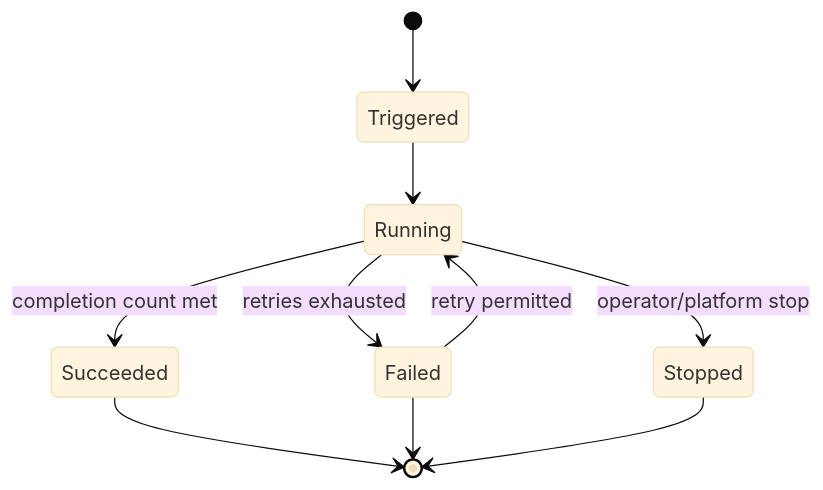
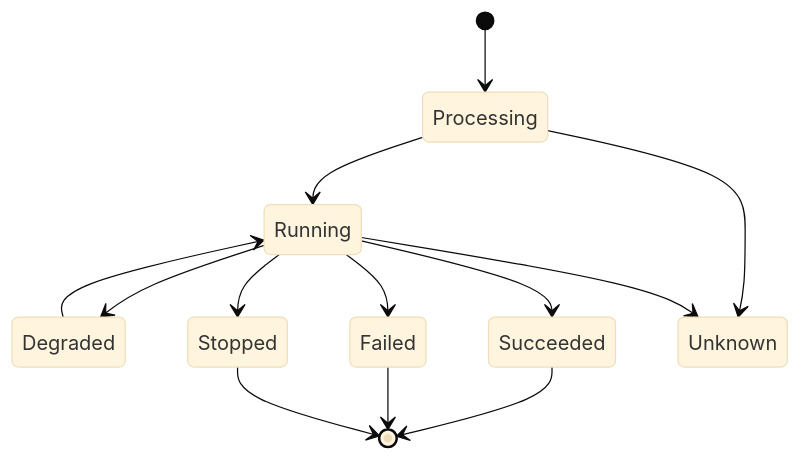
One commit to yeongseon/azure-container-apps-practical-guide changed the diagram in docs/platform/jobs/execution-lifecycle.md. Above: the diagram before and after it, drawn with Mermaid (base theme). The commit also changed other lines of this file and 11 other files, not shown here.

Commit message:
docs(diagrams): migrate probe and jobs lifecycle diagrams (#613)

````diff
--- a/docs/platform/jobs/execution-lifecycle.md
+++ b/docs/platform/jobs/execution-lifecycle.md
@@ -92,12 +93,26 @@
 ```mermaid
 stateDiagram-v2
-    [*] --> Triggered
-    Triggered --> Running
-    Running --> Succeeded: completion count met
-    Running --> Failed: retries exhausted
-    Running --> Stopped: operator/platform stop
-    Failed --> Running: retry permitted
+    accTitle: Job execution state model
+    accDescr: Uses exact management API status names and shows common progress from processing to running and then to succeeded, failed, stopped, degraded, or unknown.
+
+    state "Processing" as Processing
+    state "Running" as Running
+    state "Degraded" as Degraded
+    state "Stopped" as Stopped
+    state "Failed" as Failed
+    state "Succeeded" as Succeeded
+    state "Unknown" as Unknown
+
+    [*] --> Processing
+    Processing --> Running
+    Processing --> Unknown
+    Running --> Succeeded
+    Running --> Failed
+    Running --> Stopped
+    Running --> Degraded
+    Running --> Unknown
+    Degraded --> Running
     Succeeded --> [*]
     Failed --> [*]
     Stopped --> [*]
 ```
````
